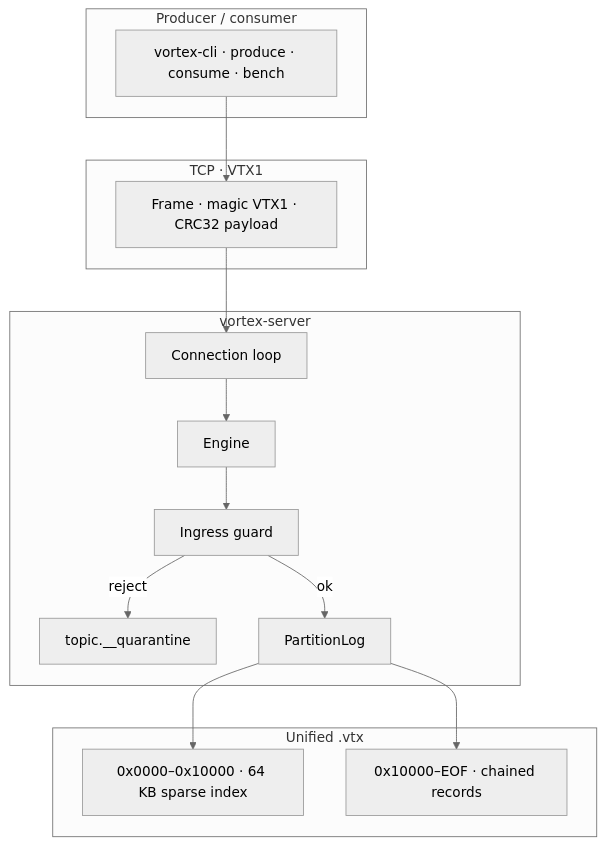
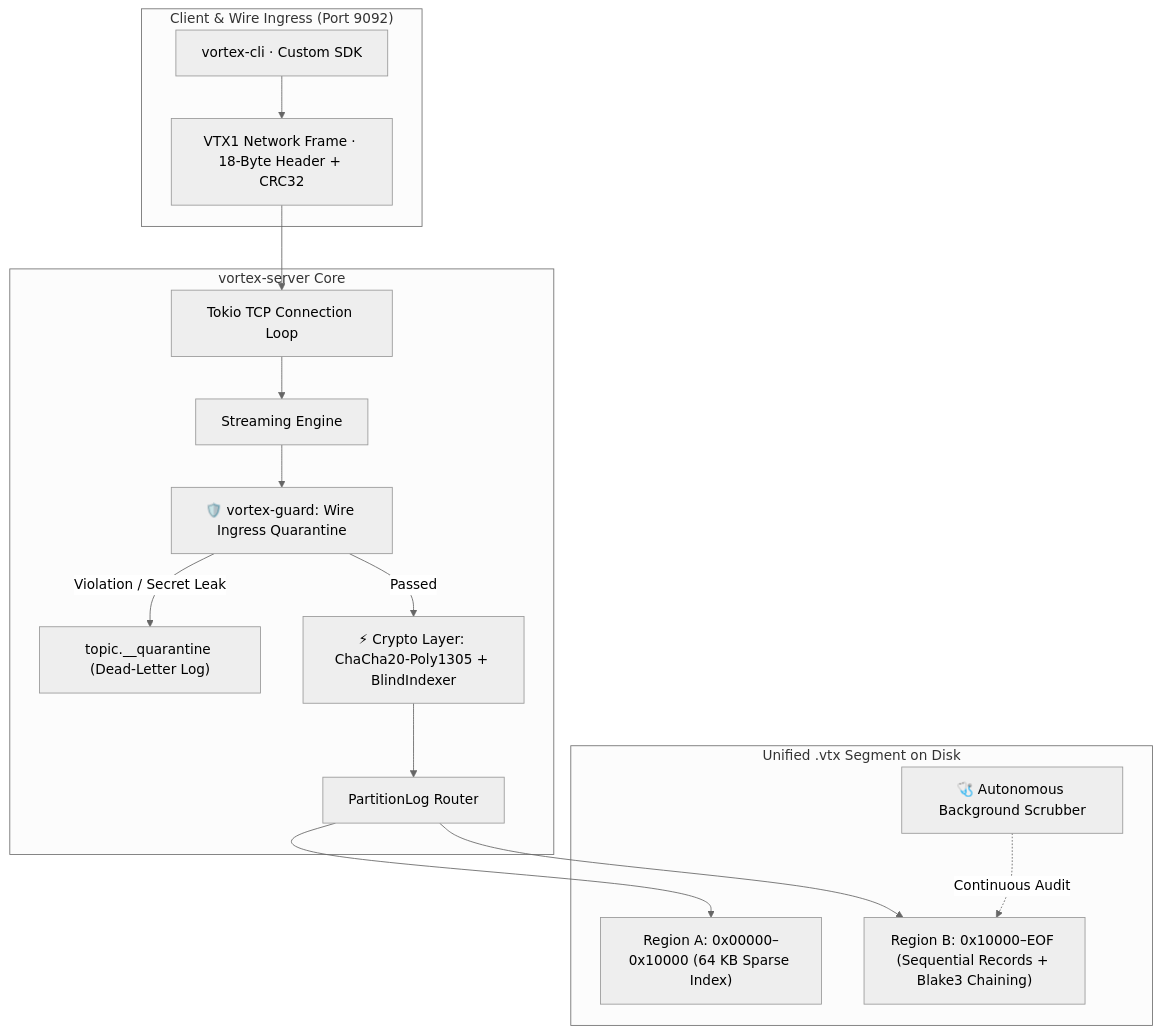
Before and after one commit to Ujjwal0207/Vortex: the diagram in README.md, drawn with Mermaid (neutral theme). The commit also changed other lines of this file, not shown here.

Commit message:
docs: upgrade README with interactive playground and architectural audit

````diff
--- a/README.md
+++ b/README.md
@@ -106,29 +234,29 @@
 ```mermaid
 flowchart TB
-  subgraph Client["Producer / consumer"]
-    CLI["vortex-cli · produce · consume · bench"]
+  subgraph Ingress["Client & Wire Ingress (Port 9092)"]
+    CLI["vortex-cli · Custom SDK"]
+    FR["VTX1 Network Frame · 18-Byte Header + CRC32"]
   end
 
-  subgraph Wire["TCP · VTX1"]
-    FR["Frame · magic VTX1 · CRC32 payload"]
+  subgraph Broker["vortex-server Core"]
+    TCP["Tokio TCP Connection Loop"]
+    ENG["Streaming Engine"]
+    GUARD["🛡️ vortex-guard: Wire Ingress Quarantine"]
+    DLQ["topic.__quarantine (Dead-Letter Log)"]
+    CRYPTO["⚡ Crypto Layer: ChaCha20-Poly1305 + BlindIndexer"]
+    PART["PartitionLog Router"]
   end
 
-  subgraph Broker["vortex-server"]
-    CONN["Connection loop"]
-    ENG["Engine"]
-    GUARD["Ingress guard"]
-    Q["topic.__quarantine"]
-    PART["PartitionLog"]
+  subgraph Storage["Unified .vtx Segment on Disk"]
+    REGA["Region A: 0x00000–0x10000 (64 KB Sparse Index)"]
+    REGB["Region B: 0x10000–EOF (Sequential Records + Blake3 Chaining)"]
+    SCRUB["🩺 Autonomous Background Scrubber"]
   end
 
-  subgraph Disk["Unified .vtx"]
-    HDR["0x0000–0x10000 · 64 KB sparse index"]
-    DATA["0x10000–EOF · chained records"]
-  end
-
-  CLI --> FR --> CONN --> ENG --> GUARD
-  GUARD -->|reject| Q
-  GUARD -->|ok| PART
-  PART --> HDR
-  PART --> DATA
+  CLI --> FR --> TCP --> ENG --> GUARD
+  GUARD -->|Violation / Secret Leak| DLQ
+  GUARD -->|Passed| CRYPTO --> PART
+  PART --> REGA
+  PART --> REGB
+  SCRUB -.->|Continuous Audit| REGB
 ```
````
